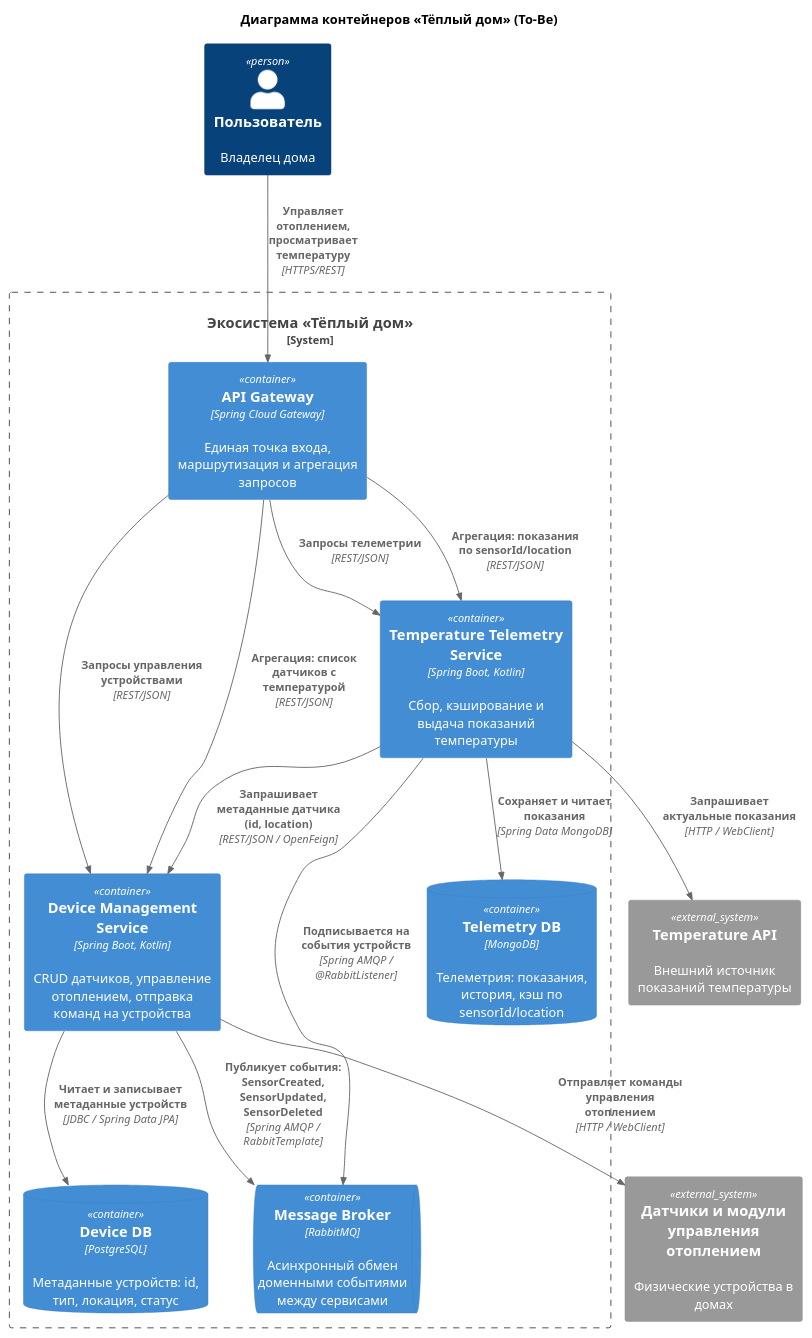
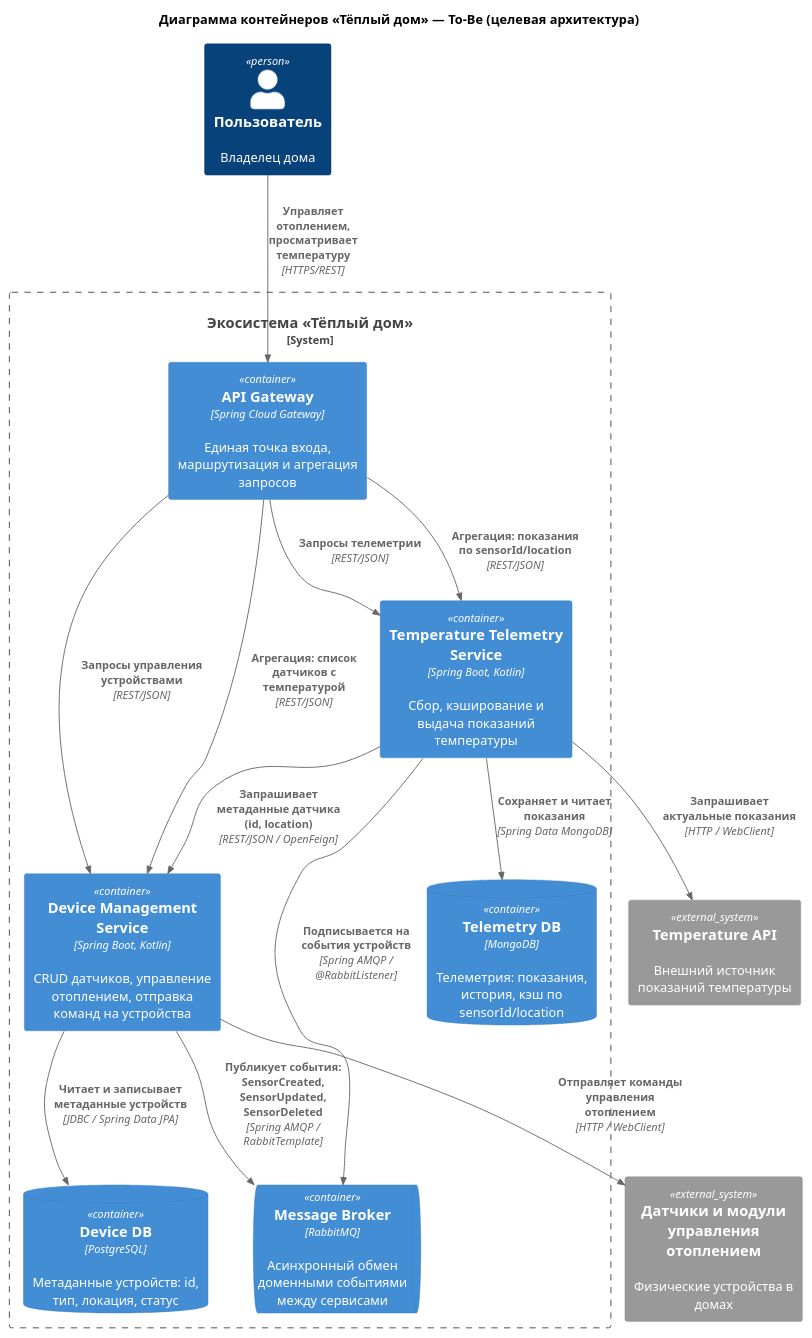
Before and after one commit to sergeybe1an/architecture-pro-warmhouse: the diagram in schemas/Containers.puml, drawn with PlantUML. The commit also changed 32 other files, not shown here.

```diff
--- a/schemas/Containers.puml
+++ b/schemas/Containers.puml
@@ -1,43 +1,43 @@
 @startuml
-title Диаграмма контейнеров «Тёплый дом» (To-Be)
+title Диаграмма контейнеров «Тёплый дом» — To-Be (целевая архитектура)
 
 top to bottom direction
 
 !include https://raw.githubusercontent.com/plantuml-stdlib/C4-PlantUML/master/C4_Container.puml
 
 Person(user, "Пользователь", "Владелец дома")
 
 System_Boundary(warmhouse, "Экосистема «Тёплый дом»") {
     Container(gateway, "API Gateway", "Spring Cloud Gateway", "Единая точка входа, маршрутизация и агрегация запросов")
 
     Container(device_svc, "Device Management Service", "Spring Boot, Kotlin", "CRUD датчиков, управление отоплением, отправка команд на устройства")
     ContainerDb(device_db, "Device DB", "PostgreSQL", "Метаданные устройств: id, тип, локация, статус")
 
     Container(telemetry_svc, "Temperature Telemetry Service", "Spring Boot, Kotlin", "Сбор, кэширование и выдача показаний температуры")
     ContainerDb(telemetry_db, "Telemetry DB", "MongoDB", "Телеметрия: показания, история, кэш по sensorId/location")
 
     ContainerQueue(broker, "Message Broker", "RabbitMQ", "Асинхронный обмен доменными событиями между сервисами")
 }
 
 System_Ext(sensors, "Датчики и модули управления отоплением", "Физические устройства в домах")
 System_Ext(temperature_api, "Temperature API", "Внешний источник показаний температуры")
 
 Rel(user, gateway, "Управляет отоплением, просматривает температуру", "HTTPS/REST")
 
 Rel(gateway, device_svc, "Запросы управления устройствами", "REST/JSON")
 Rel(gateway, telemetry_svc, "Запросы телеметрии", "REST/JSON")
 Rel(gateway, device_svc, "Агрегация: список датчиков с температурой", "REST/JSON")
 Rel(gateway, telemetry_svc, "Агрегация: показания по sensorId/location", "REST/JSON")
 
 Rel(device_svc, device_db, "Читает и записывает метаданные устройств", "JDBC / Spring Data JPA")
 Rel(telemetry_svc, telemetry_db, "Сохраняет и читает показания", "Spring Data MongoDB")
 
 Rel(device_svc, sensors, "Отправляет команды управления отоплением", "HTTP / WebClient")
 Rel(telemetry_svc, temperature_api, "Запрашивает актуальные показания", "HTTP / WebClient")
 
 Rel(device_svc, broker, "Публикует события: SensorCreated, SensorUpdated, SensorDeleted", "Spring AMQP / RabbitTemplate")
 Rel(telemetry_svc, broker, "Подписывается на события устройств", "Spring AMQP / @RabbitListener")
 
 Rel(telemetry_svc, device_svc, "Запрашивает метаданные датчика (id, location)", "REST/JSON / OpenFeign")
 
 @enduml
```
